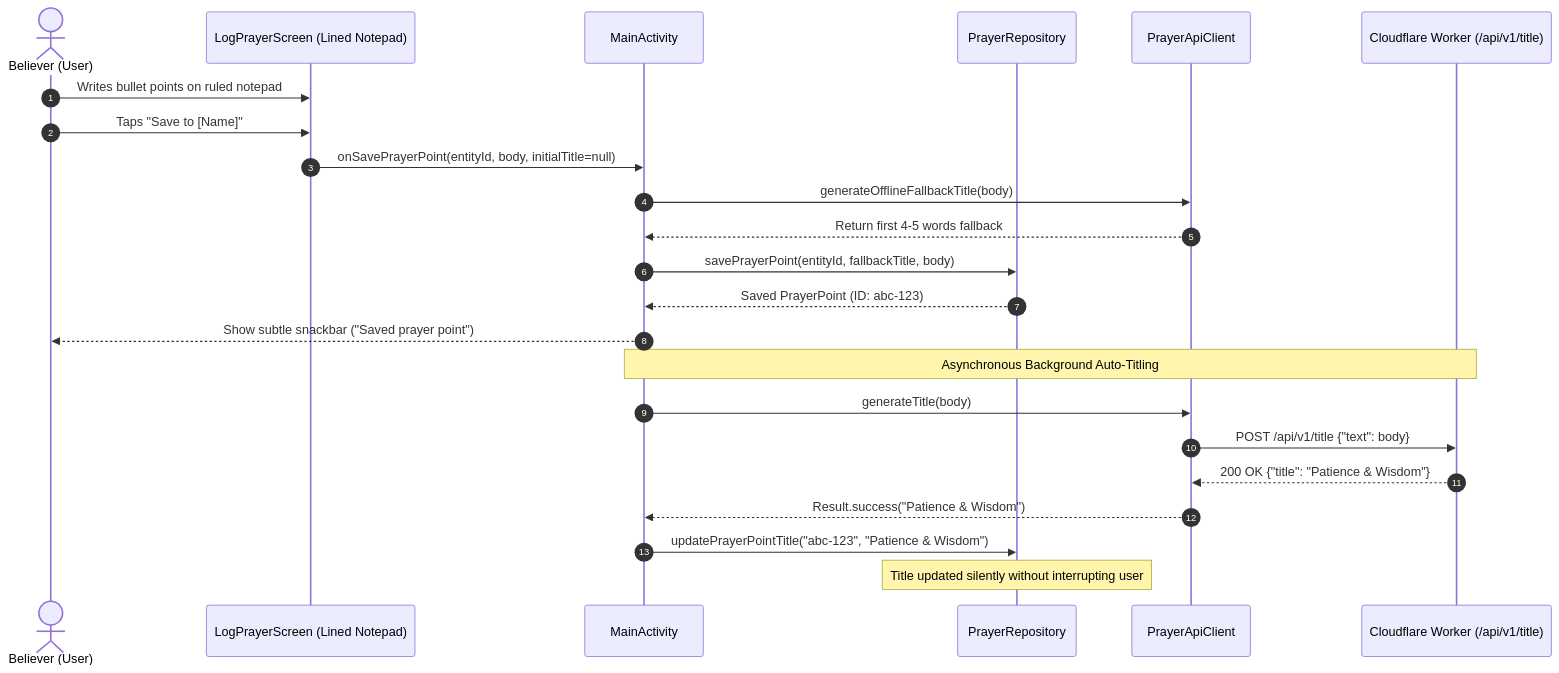
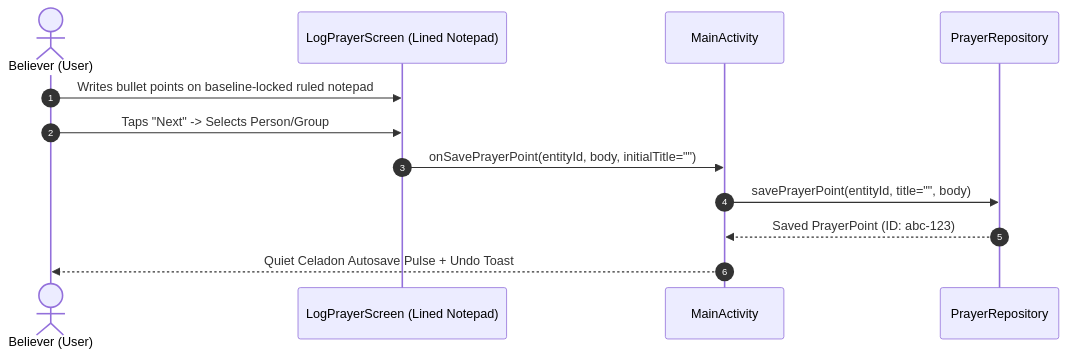
The seventh of 8 diagrams in planning/codebase_knowledge_graph.md (iamenianc/Prayer), drawn with Mermaid before and after one commit. The commit also changed other lines of this file and 37 other files, not shown here.

````diff
--- a/planning/codebase_knowledge_graph.md
+++ b/planning/codebase_knowledge_graph.md
@@ -409,27 +351,15 @@
 ```mermaid
 sequenceDiagram
     autonumber
     actor Believer as Believer (User)
     participant Log as LogPrayerScreen (Lined Notepad)
     participant Main as MainActivity
     participant Repo as PrayerRepository
-    participant API as PrayerApiClient
-    participant Worker as Cloudflare Worker (/api/v1/title)
 
-    Believer->>Log: Writes bullet points on ruled notepad
-    Believer->>Log: Taps "Save to [Name]"
-    Log->>Main: onSavePrayerPoint(entityId, body, initialTitle=null)
-    Main->>API: generateOfflineFallbackTitle(body)
-    API-->>Main: Return first 4-5 words fallback
-    Main->>Repo: savePrayerPoint(entityId, fallbackTitle, body)
+    Believer->>Log: Writes bullet points on baseline-locked ruled notepad
+    Believer->>Log: Taps "Next" -> Selects Person/Group
+    Log->>Main: onSavePrayerPoint(entityId, body, initialTitle="")
+    Main->>Repo: savePrayerPoint(entityId, title="", body)
     Repo-->>Main: Saved PrayerPoint (ID: abc-123)
-    Main-->>Believer: Show subtle snackbar ("Saved prayer point")
-    
-    Note over Main,Worker: Asynchronous Background Auto-Titling
-    Main->>API: generateTitle(body)
-    API->>Worker: POST /api/v1/title {"text": body}
-    Worker-->>API: 200 OK {"title": "Patience & Wisdom"}
-    API-->>Main: Result.success("Patience & Wisdom")
-    Main->>Repo: updatePrayerPointTitle("abc-123", "Patience & Wisdom")
-    Note over Repo: Title updated silently without interrupting user
+    Main-->>Believer: Quiet Celadon Autosave Pulse + Undo Toast
 ```
````
